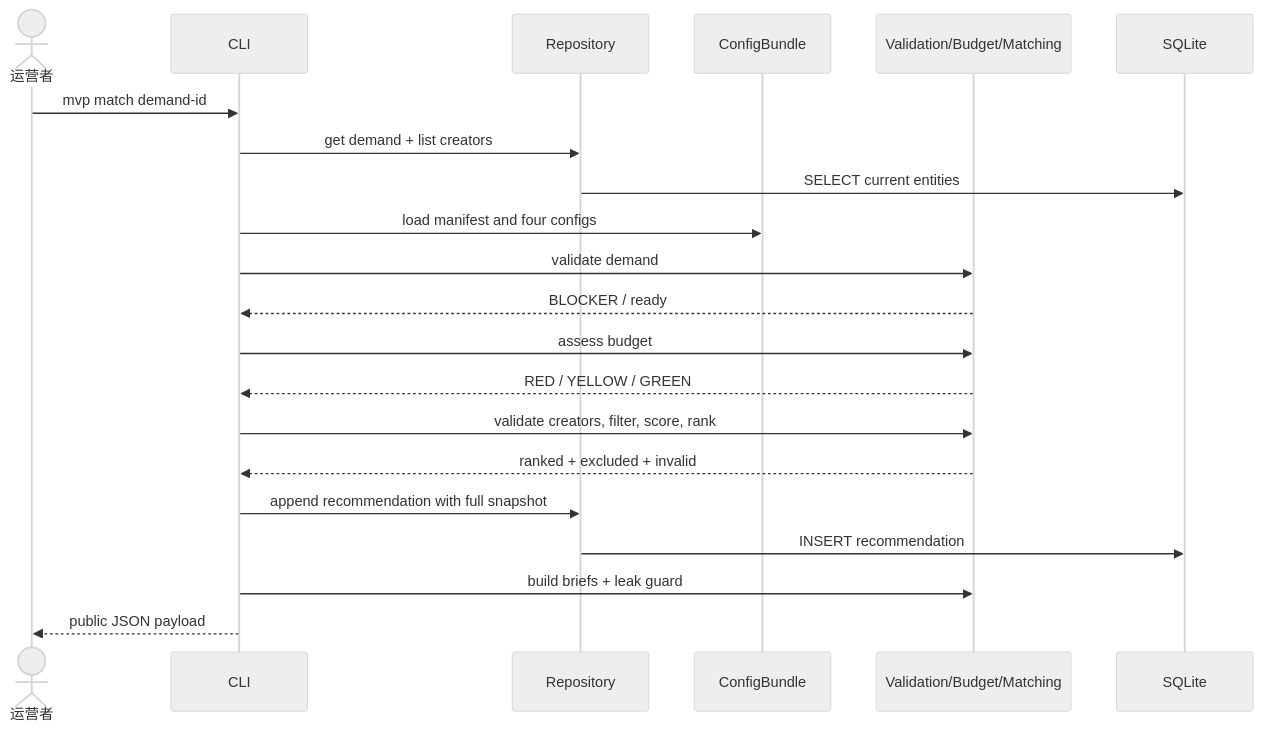
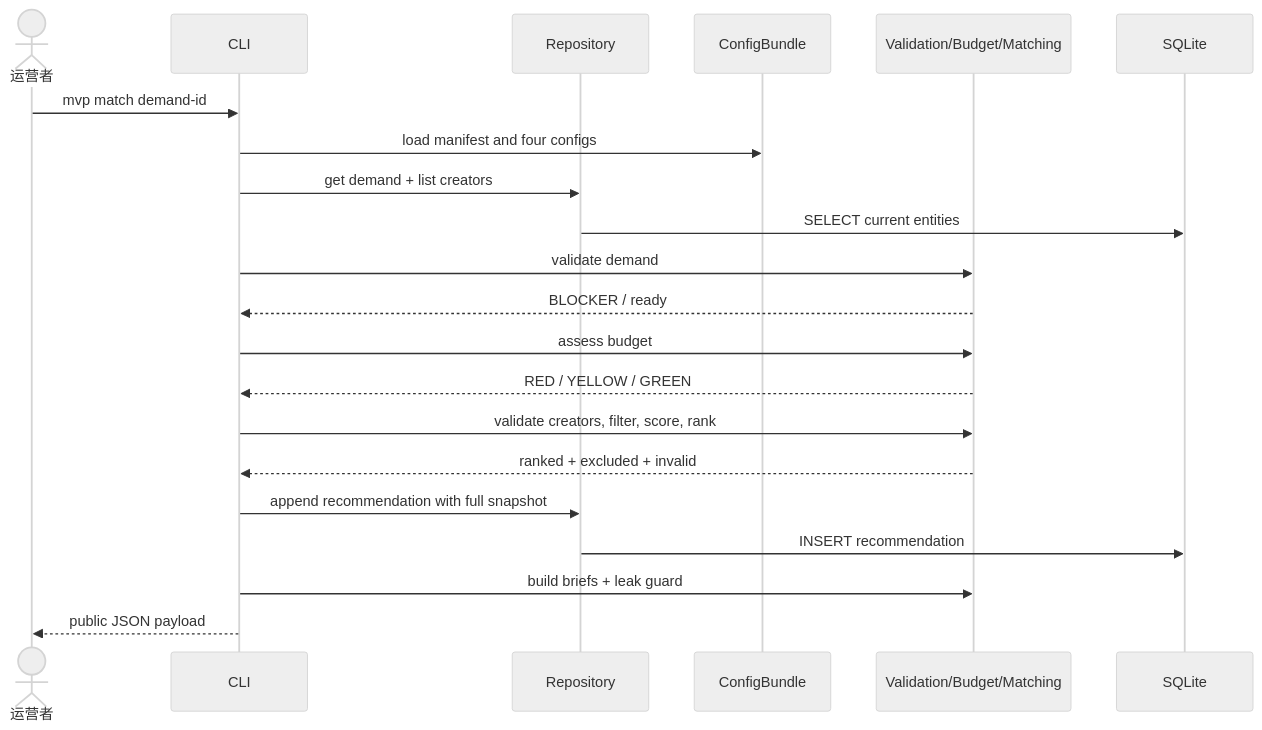
One commit to BillShiyaoZhang/desire-supply changed the second of 2 diagrams in docs/architecture/current-mvp.md. Above: the diagram before and after it, drawn with Mermaid (neutral theme). The commit also changed other lines of this file and 33 other files, not shown here.

````diff
--- a/docs/architecture/current-mvp.md
+++ b/docs/architecture/current-mvp.md
@@ -54,24 +74,24 @@
 ```mermaid
 sequenceDiagram
     actor Operator as 运营者
     participant CLI
     participant Repo as Repository
     participant Rules as ConfigBundle
     participant Engine as Validation/Budget/Matching
     participant DB as SQLite
 
     Operator->>CLI: mvp match demand-id
+    CLI->>Rules: load manifest and four configs
     CLI->>Repo: get demand + list creators
     Repo->>DB: SELECT current entities
-    CLI->>Rules: load manifest and four configs
     CLI->>Engine: validate demand
     Engine-->>CLI: BLOCKER / ready
     CLI->>Engine: assess budget
     Engine-->>CLI: RED / YELLOW / GREEN
     CLI->>Engine: validate creators, filter, score, rank
     Engine-->>CLI: ranked + excluded + invalid
     CLI->>Repo: append recommendation with full snapshot
     Repo->>DB: INSERT recommendation
     CLI->>Engine: build briefs + leak guard
     CLI-->>Operator: public JSON payload
 ```
````
